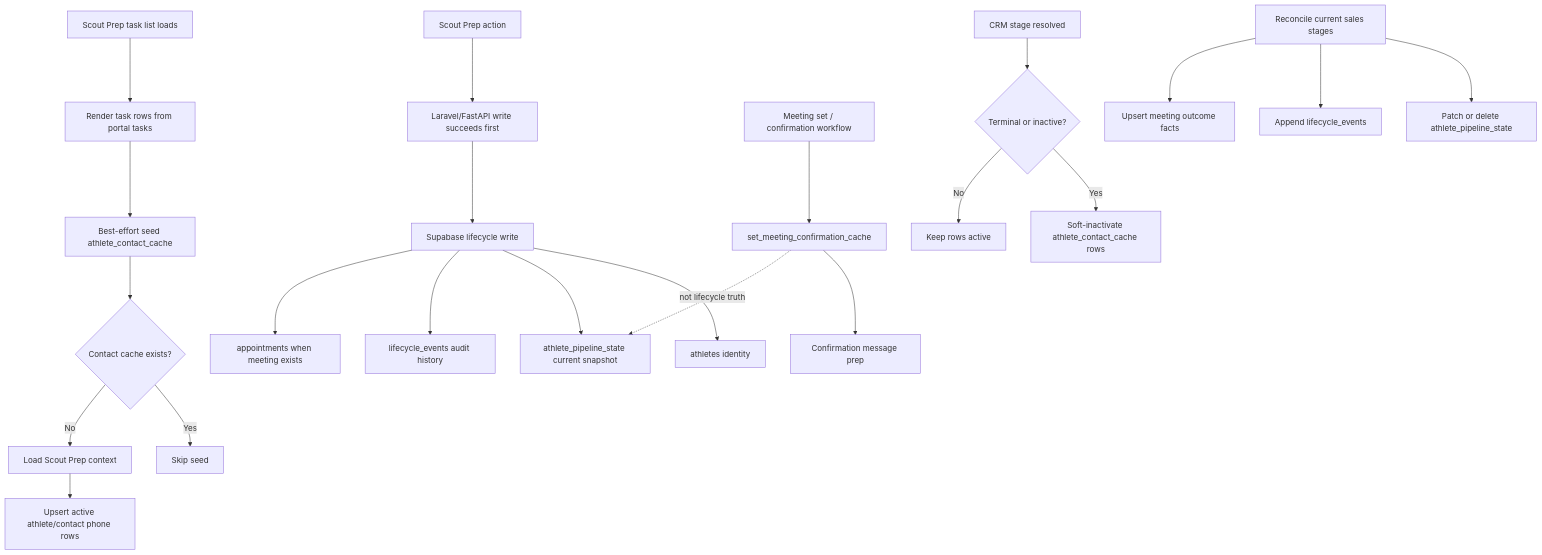
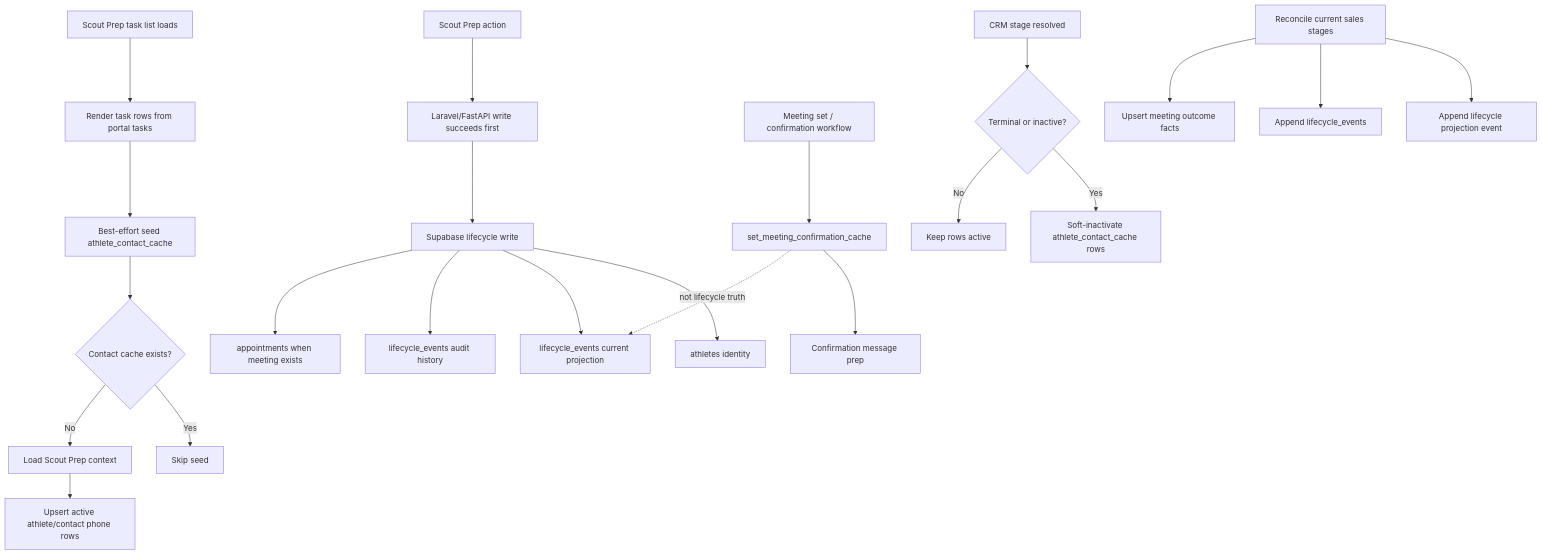
The third of 4 diagrams in docs/architecture/scout-prep-client-message-lifecycle-flowcharts.md (23Maestro/prospect-pipeline), drawn with Mermaid before and after one commit. The commit also changed other lines of this file and 20 other files, not shown here.

Commit message:
Purge athlete pipeline state snapshot

````diff
--- a/docs/architecture/scout-prep-client-message-lifecycle-flowcharts.md
+++ b/docs/architecture/scout-prep-client-message-lifecycle-flowcharts.md
@@ -47,28 +47,28 @@
 ```mermaid
 flowchart TD
   A["Scout Prep task list loads"] --> B["Render task rows from portal tasks"]
   B --> C["Best-effort seed athlete_contact_cache"]
   C --> D{"Contact cache exists?"}
   D -- "Yes" --> E["Skip seed"]
   D -- "No" --> F["Load Scout Prep context"]
   F --> G["Upsert active athlete/contact phone rows"]
 
   H["Scout Prep action"] --> I["Laravel/FastAPI write succeeds first"]
   I --> J["Supabase lifecycle write"]
   J --> K["athletes identity"]
-  J --> L["athlete_pipeline_state current snapshot"]
+  J --> L["lifecycle_events current projection"]
   J --> M["lifecycle_events audit history"]
   J --> N["appointments when meeting exists"]
 
   O["Meeting set / confirmation workflow"] --> P["set_meeting_confirmation_cache"]
   P --> Q["Confirmation message prep"]
   P -. "not lifecycle truth" .-> L
 
   R["CRM stage resolved"] --> S{"Terminal or inactive?"}
   S -- "Yes" --> T["Soft-inactivate athlete_contact_cache rows"]
   S -- "No" --> U["Keep rows active"]
 
-  V["Reconcile current sales stages"] --> W["Patch or delete athlete_pipeline_state"]
+  V["Reconcile current sales stages"] --> W["Append lifecycle projection event"]
   V --> X["Append lifecycle_events"]
   V --> Y["Upsert meeting outcome facts"]
 ```
````
